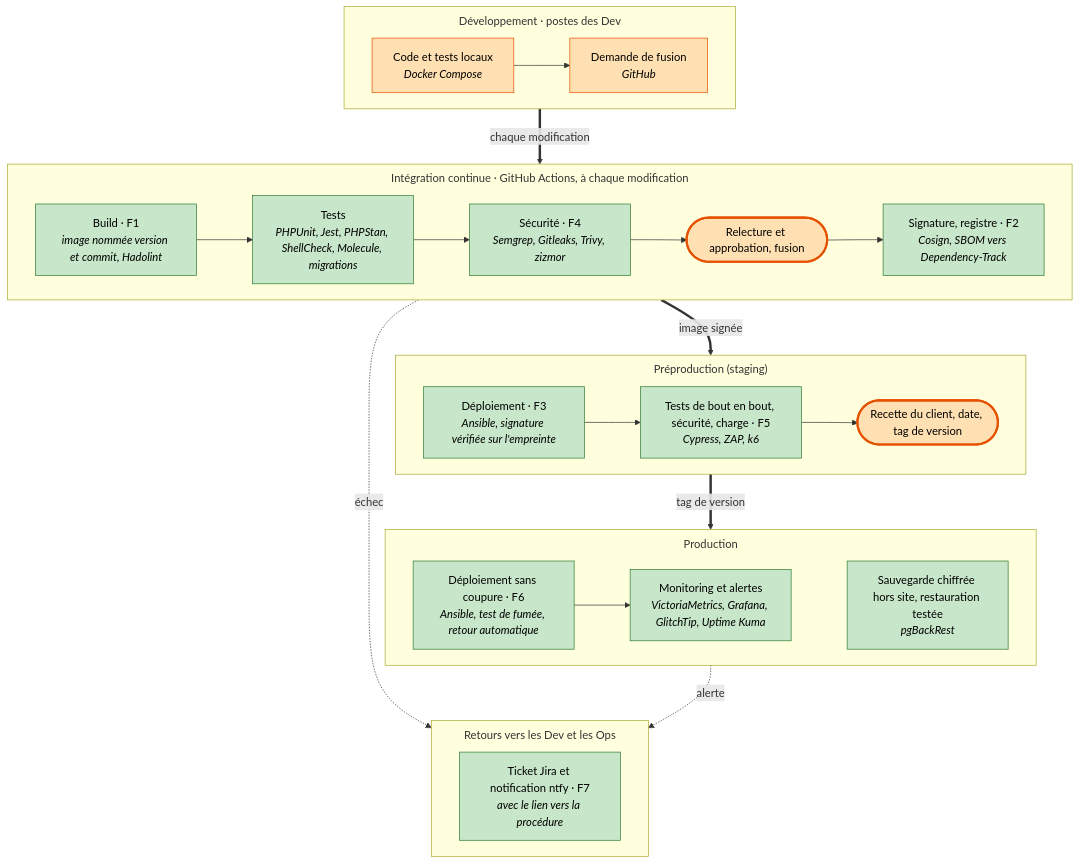
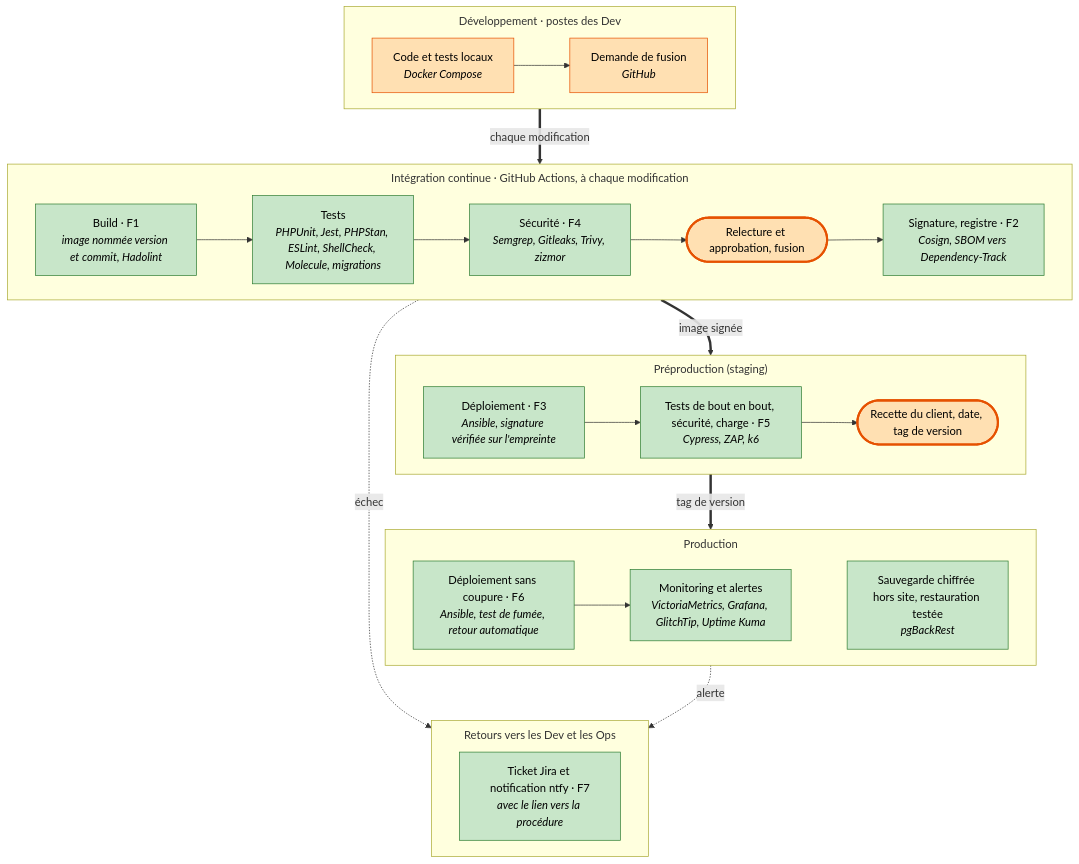
The second of 3 diagrams in docs/02-specifications-techniques.md (yohanbouchet/starsail), drawn with Mermaid before and after one commit. The commit also changed other lines of this file, not shown here.

````diff
--- a/docs/02-specifications-techniques.md
+++ b/docs/02-specifications-techniques.md
@@ -101,59 +101,59 @@
 ```mermaid
 ---
 config:
   flowchart:
     wrappingWidth: 170
     nodeSpacing: 26
     rankSpacing: 55
     subGraphTitleMargin:
       top: 8
       bottom: 14
 ---
 flowchart TB
   %% largeur-pdf: 78%
   subgraph DEV["Développement · postes des Dev"]
     direction LR
     D1["Code et tests locaux<br/><i>Docker Compose</i>"]
     D2["Demande de fusion<br/><i>GitHub</i>"]
     D1 --> D2
   end
   subgraph CI["Intégration continue · GitHub Actions, à chaque modification"]
     direction LR
     B["Build · F1<br/><i>image nommée version et commit, Hadolint</i>"]
-    T["Tests<br/><i>PHPUnit, Jest, PHPStan, ShellCheck, Molecule, migrations</i>"]
+    T["Tests<br/><i>PHPUnit, Jest, PHPStan, ESLint, ShellCheck, Molecule, migrations</i>"]
     S["Sécurité · F4<br/><i>Semgrep, Gitleaks, Trivy, zizmor</i>"]
     V1(["Relecture et approbation, fusion"])
     R["Signature, registre · F2<br/><i>Cosign, SBOM vers Dependency-Track</i>"]
     B --> T --> S --> V1 --> R
   end
   subgraph STG["Préproduction (staging)"]
     direction LR
     P1["Déploiement · F3<br/><i>Ansible, signature vérifiée sur l'empreinte</i>"]
     P2["Tests de bout en bout, sécurité, charge · F5<br/><i>Cypress, ZAP, k6</i>"]
     V2(["Recette du client, date, tag de version"])
     P1 --> P2 --> V2
   end
   subgraph PROD["Production"]
     direction LR
     M1["Déploiement sans coupure · F6<br/><i>Ansible, test de fumée, retour automatique</i>"]
     M2["Monitoring et alertes<br/><i>VictoriaMetrics, Grafana, GlitchTip, Uptime Kuma</i>"]
     M3["Sauvegarde chiffrée hors site, restauration testée<br/><i>pgBackRest</i>"]
     M1 --> M2 ~~~ M3
   end
   subgraph RET["Retours vers les Dev et les Ops"]
     direction LR
     F["Ticket Jira et notification ntfy · F7<br/><i>avec le lien vers la procédure</i>"]
   end
   DEV ==>|"chaque modification"| CI
   CI ==>|"image signée"| STG
   STG ==>|"tag de version"| PROD
   CI -.->|"échec"| RET
   PROD -.->|"alerte"| RET
 
   classDef auto fill:#c8e6c9,stroke:#2e7d32,color:#000
   classDef manuel fill:#ffe0b2,stroke:#e65100,color:#000
   classDef valid fill:#ffe0b2,stroke:#e65100,stroke-width:3px,color:#000
   class B,T,S,R,P1,P2,M1,M2,M3,F auto
   class D1,D2 manuel
   class V1,V2 valid
 ```
````
